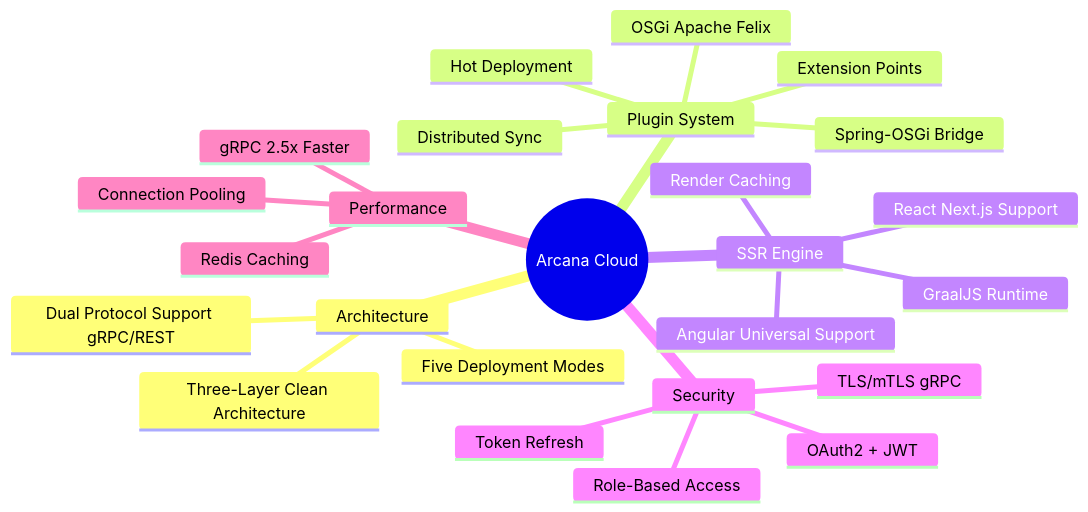
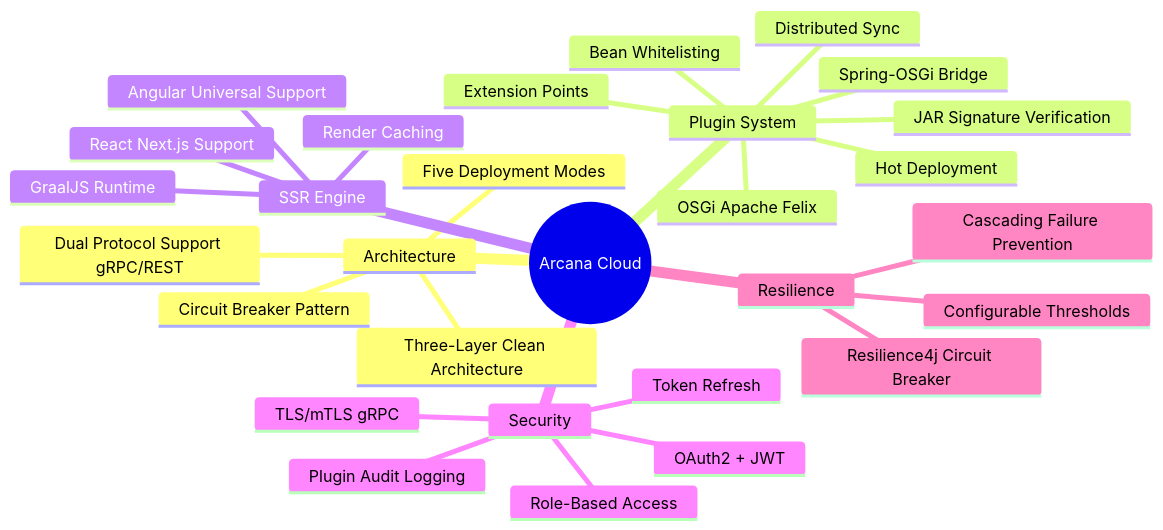
Before and after one commit to jrjohn/arcana-cloud-springboot: the second of 6 diagrams in README.md, drawn with Mermaid. The commit also changed other lines of this file and 11 other files, not shown here.

Commit message:
Implement Circuit Breaker Pattern and  plugin sign

````diff
--- a/README.md
+++ b/README.md
@@ -86,28 +86,32 @@
 ```mermaid
 mindmap
   root((Arcana Cloud))
     Architecture
       Three-Layer Clean Architecture
       Dual Protocol Support gRPC/REST
       Five Deployment Modes
+      Circuit Breaker Pattern
     Plugin System
       OSGi Apache Felix
       Hot Deployment
       Extension Points
       Spring-OSGi Bridge
       Distributed Sync
+      Bean Whitelisting
+      JAR Signature Verification
     SSR Engine
       GraalJS Runtime
       React Next.js Support
       Angular Universal Support
       Render Caching
     Security
       OAuth2 + JWT
       Role-Based Access
       Token Refresh
       TLS/mTLS gRPC
-    Performance
-      gRPC 2.5x Faster
-      Redis Caching
-      Connection Pooling
+      Plugin Audit Logging
+    Resilience
+      Resilience4j Circuit Breaker
+      Cascading Failure Prevention
+      Configurable Thresholds
 ```
````
